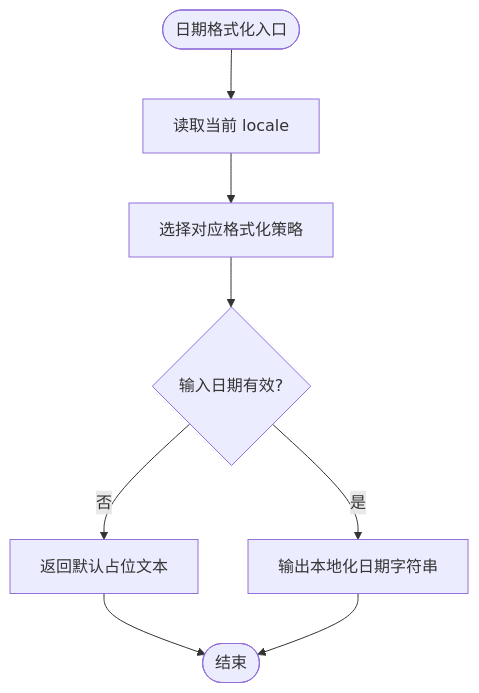
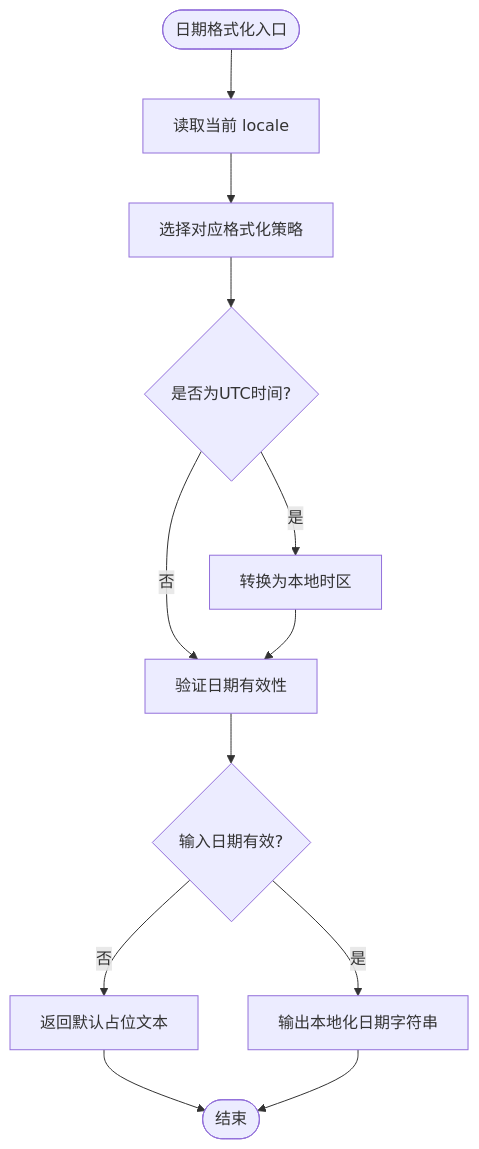
One commit to xufuyu/Lumen changed the sixth of 8 diagrams in .qoder/repowiki/zh/content/前端开发/国际化支持.md. Above: the diagram before and after it, drawn with Mermaid. The commit also changed other lines of this file and 43 other files, not shown here.

````diff
--- a/.qoder/repowiki/zh/content/前端开发/国际化支持.md
+++ b/.qoder/repowiki/zh/content/前端开发/国际化支持.md
@@ -199,10 +212,14 @@
 ```mermaid
 flowchart TD
 Start(["日期格式化入口"]) --> CheckLocale["读取当前 locale"]
 CheckLocale --> Format["选择对应格式化策略"]
-Format --> Validate{"输入日期有效?"}
-Validate --> |否| Fallback["返回默认占位文本"]
-Validate --> |是| Output["输出本地化日期字符串"]
+Format --> CheckUTC{"是否为UTC时间?"}
+CheckUTC --> |是| ConvertUTC["转换为本地时区"]
+CheckUTC --> |否| Validate["验证日期有效性"]
+ConvertUTC --> Validate
+Validate --> ValidateResult{"输入日期有效?"}
+ValidateResult --> |否| Fallback["返回默认占位文本"]
+ValidateResult --> |是| Output["输出本地化日期字符串"]
 Fallback --> End(["结束"])
 Output --> End
 ```
````
